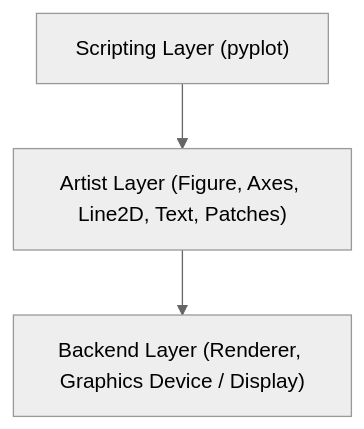
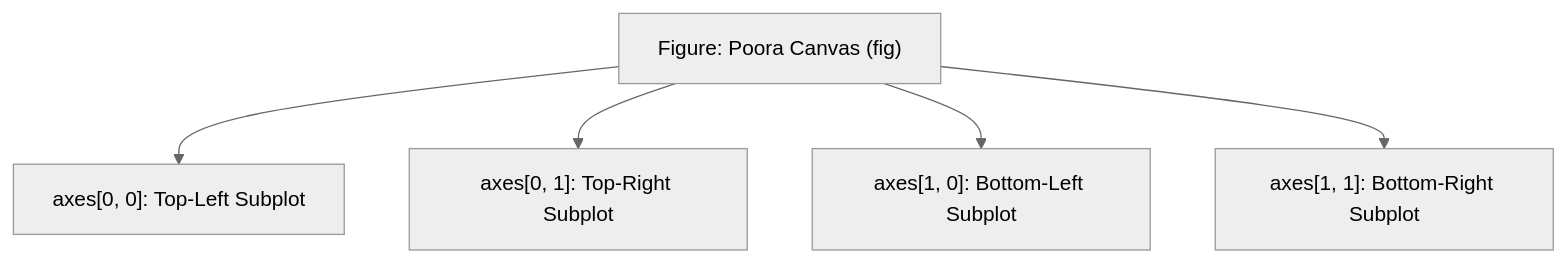
One commit to S1h2i3v4a/AI_ML changed the diagram in lecture_19/Notes_19.08/README_HINGLISH.md. Above: the diagram before and after it, drawn with Mermaid (neutral theme). The commit also changed other lines of this file and 203 other files, not shown here.

Commit message:
docs(lectures 19-21): align notes with video lectures, add blackboard diagrams, clean structured functions, and compile vector PDFs

````diff
--- a/lecture_19/Notes_19.08/README_HINGLISH.md
+++ b/lecture_19/Notes_19.08/README_HINGLISH.md
@@ -17,5 +36,7 @@
 ```mermaid
 flowchart TD
-    A["Scripting Layer (pyplot)"] --> B["Artist Layer (Figure, Axes, Line2D, Text, Patches)"]
-    B --> C["Backend Layer (Renderer, Graphics Device / Display)"]
+    A["Figure: Poora Canvas (fig)"] --> B["axes[0, 0]: Top-Left Subplot"]
+    A --> C["axes[0, 1]: Top-Right Subplot"]
+    A --> D["axes[1, 0]: Bottom-Left Subplot"]
+    A --> E["axes[1, 1]: Bottom-Right Subplot"]
 ```
````
